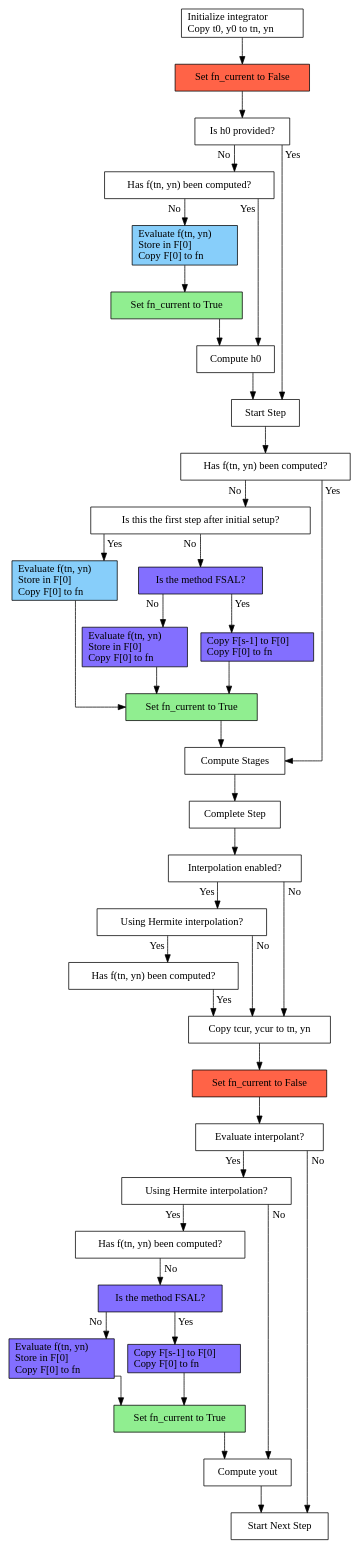
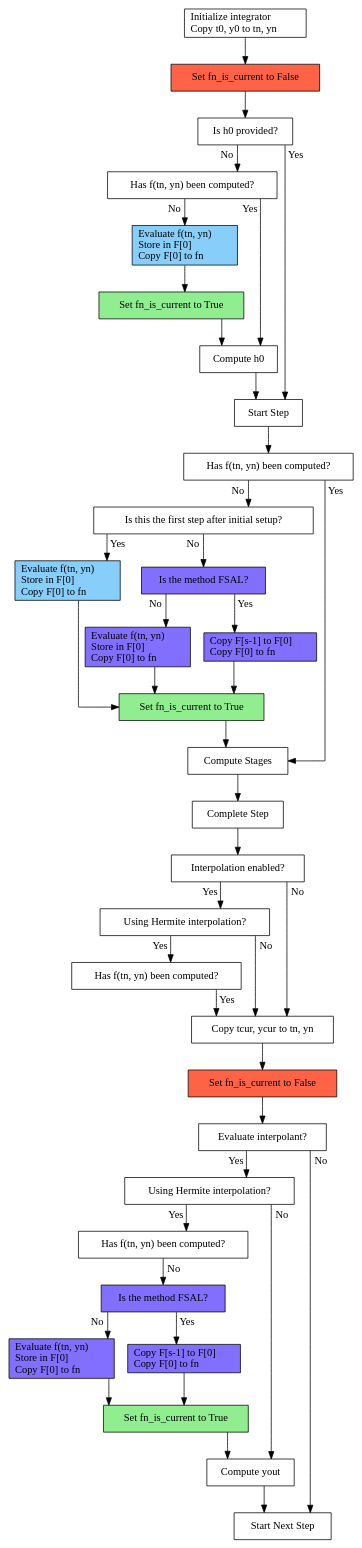
The first of 4 diagrams in doc/sundials_developers/source/packages/ARKODE.rst (LLNL/sundials), drawn with Graphviz before and after one commit. The commit also changed other lines of this file and 6 other files, not shown here.

```diff
--- a/doc/sundials_developers/source/packages/ARKODE.rst
+++ b/doc/sundials_developers/source/packages/ARKODE.rst
@@ -27,11 +27,11 @@
    // -----------------
 
    init    [label="Initialize integrator\lCopy t0, y0 to tn, yn\l"]
-   f0cur   [label="Set fn_current to False", style=filled, fillcolor=tomato1]
+   f0cur   [label="Set fn_is_current to False", style=filled, fillcolor=tomato1]
    h0      [label="Is h0 provided?", target="_top"]
    f0_q1   [label="Has f(tn, yn) been computed?"]
    eval1   [label="Evaluate f(tn, yn)\lStore in F[0]\lCopy F[0] to fn\l", style=filled, fillcolor=lightskyblue]
-   fcur1   [label="Set fn_current to True", style=filled, fillcolor=lightgreen]
+   fcur1   [label="Set fn_is_current to True", style=filled, fillcolor=lightgreen]
    h0_comp [label="Compute h0"]
    start   [label="Start Step"]
 
@@ -54,7 +54,7 @@
    fsal     [label="Is the method FSAL?", style=filled, fillcolor=slateblue1]
    eval3    [label="Evaluate f(tn, yn)\lStore in F[0]\lCopy F[0] to fn\l", style=filled, fillcolor=slateblue1]
    copy1    [label="Copy F[s-1] to F[0]\lCopy F[0] to fn\l", style=filled, fillcolor=slateblue1]
-   fcur2    [label="Set fn_current to True", style=filled, fillcolor=lightgreen]
+   fcur2    [label="Set fn_is_current to True", style=filled, fillcolor=lightgreen]
    stages1  [label="Compute Stages"]
    complete [label="Complete Step"]
 
@@ -78,7 +78,7 @@
    interp_type1  [label="Using Hermite interpolation?"]
    f0q3          [label="Has f(tn, yn) been computed?"]
    update_yn     [label="Copy tcur, ycur to tn, yn"]
-   fcur3         [label="Set fn_current to False", style=filled, fillcolor=tomato1]
+   fcur3         [label="Set fn_is_current to False", style=filled, fillcolor=tomato1]
 
    complete      -> interp_update
    interp_update -> update_yn     [taillabel="No", labeldistance=2, labelangle=45]
@@ -98,7 +98,7 @@
    fsal1        [label="Is the method FSAL?", style=filled, fillcolor=slateblue1]
    eval4        [label="Evaluate f(tn, yn)\lStore in F[0]\lCopy F[0] to fn\l", style=filled, fillcolor=slateblue1]
    copy2        [label="Copy F[s-1] to F[0]\lCopy F[0] to fn\l", style=filled, fillcolor=slateblue1]
-   fcur4        [label="Set fn_current to True", style=filled, fillcolor=lightgreen]
+   fcur4        [label="Set fn_is_current to True", style=filled, fillcolor=lightgreen]
    interp_yout  [label="Compute yout"]
    step2        [label="Start Next Step"]
 
```
